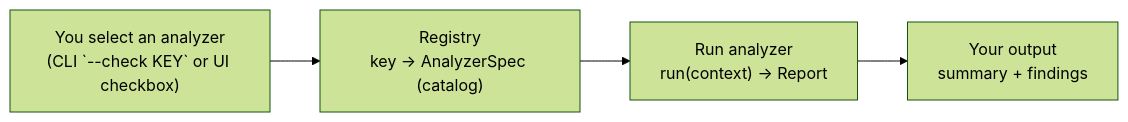
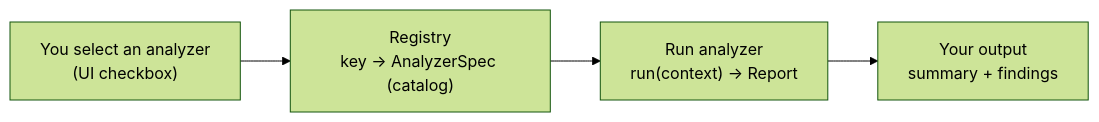
Before and after one commit to SorenHJohansen/SattLint: the second of 5 diagrams in ARCHITECTURE.md, drawn with Mermaid (forest theme). The commit also changed other lines of this file and 42 other files, not shown here.

````diff
--- a/ARCHITECTURE.md
+++ b/ARCHITECTURE.md
@@ -83,9 +83,9 @@
 ```mermaid
 flowchart LR
-    Select["You select an analyzer<br/>(CLI `--check KEY` or UI checkbox)"]
+    Select["You select an analyzer<br/>(UI checkbox)"]
     Registry["Registry<br/>key -> AnalyzerSpec (catalog)"]
     Run["Run analyzer<br/>run(context) -> Report"]
     Output["Your output<br/>summary + findings"]
 
     Select --> Registry --> Run --> Output
 ```
````
